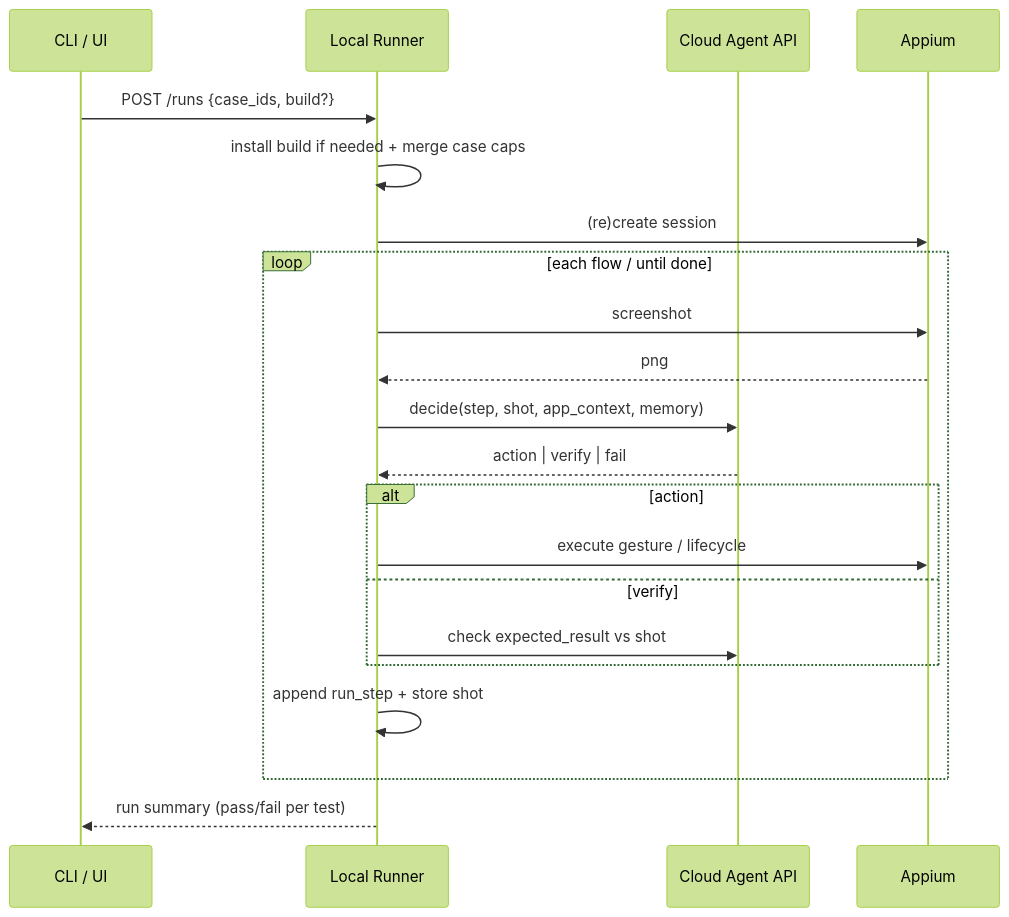
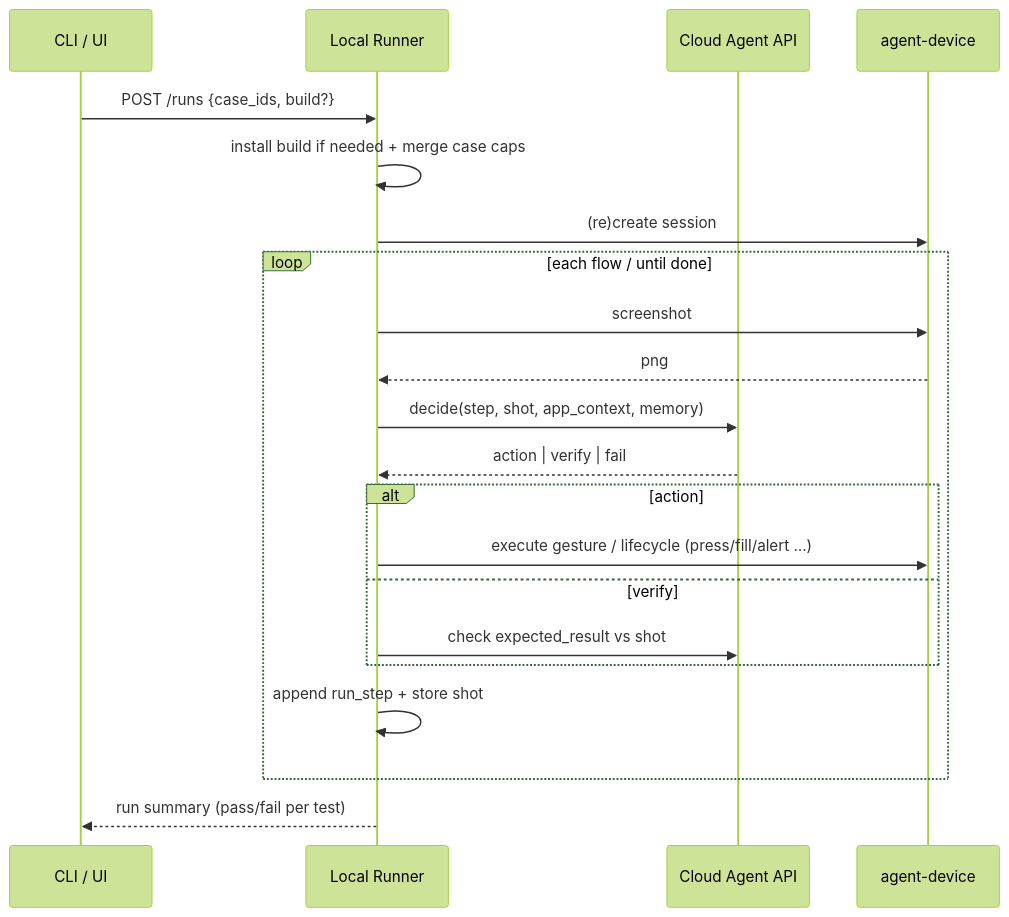
Before and after one commit to Aris-ngoy/qa-agent: the third of 3 diagrams in ARCHITECTURE.md, drawn with Mermaid (forest theme). The commit also changed other lines of this file and 70 other files, not shown here.

First line of the commit message:
Replace Appium with the agent-device CLI for device control.

````diff
--- a/ARCHITECTURE.md
+++ b/ARCHITECTURE.md
@@ -471,24 +457,24 @@
 ```mermaid
 sequenceDiagram
   participant CLI as CLI / UI
   participant R as Local Runner
   participant C as Cloud Agent API
-  participant A as Appium
+  participant A as agent-device
 
   CLI->>R: POST /runs {case_ids, build?}
   R->>R: install build if needed + merge case caps
   R->>A: (re)create session
   loop each flow / until done
     R->>A: screenshot
     A-->>R: png
     R->>C: decide(step, shot, app_context, memory)
     C-->>R: action | verify | fail
     alt action
-      R->>A: execute gesture / lifecycle
+      R->>A: execute gesture / lifecycle (press/fill/alert …)
     else verify
       R->>C: check expected_result vs shot
     end
     R->>R: append run_step + store shot
   end
   R-->>CLI: run summary (pass/fail per test)
 ```
````
